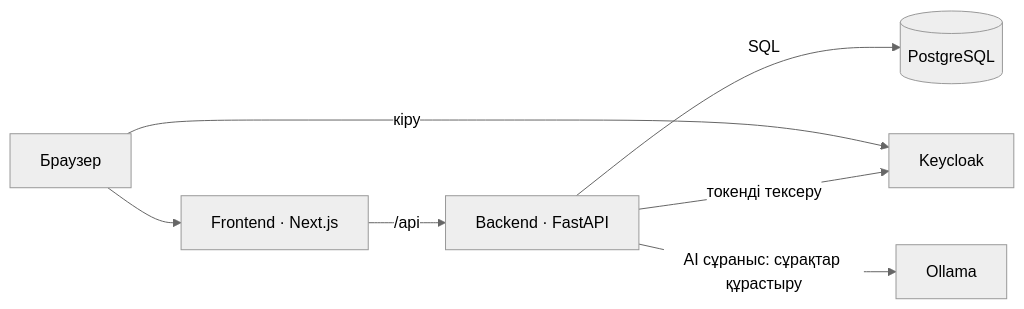
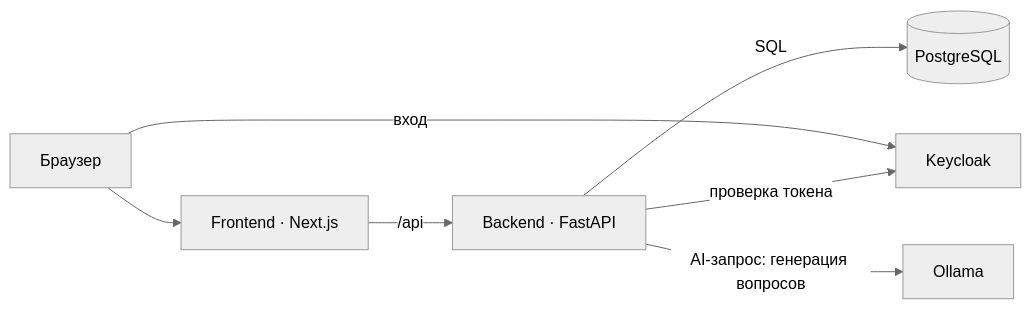
The diagram in docs/architecture.md (daratan968-cell/Projet2), drawn with Mermaid (neutral theme) before and after one commit. The commit also changed other lines of this file and 2 other files, not shown here.

````diff
--- a/docs/architecture.md
+++ b/docs/architecture.md
@@ -4,9 +4,9 @@
 ```mermaid
 flowchart LR
     B[Браузер] --> W[Frontend · Next.js]
     W -->|/api| A[Backend · FastAPI]
     A -->|SQL| P[(PostgreSQL)]
-    B -->|кіру| K[Keycloak]
-    A -->|токенді тексеру| K
-    A -->|AI сұраныс: сұрақтар құрастыру| O[Ollama]
+    B -->|вход| K[Keycloak]
+    A -->|проверка токена| K
+    A -->|AI-запрос: генерация вопросов| O[Ollama]
 ```
````
